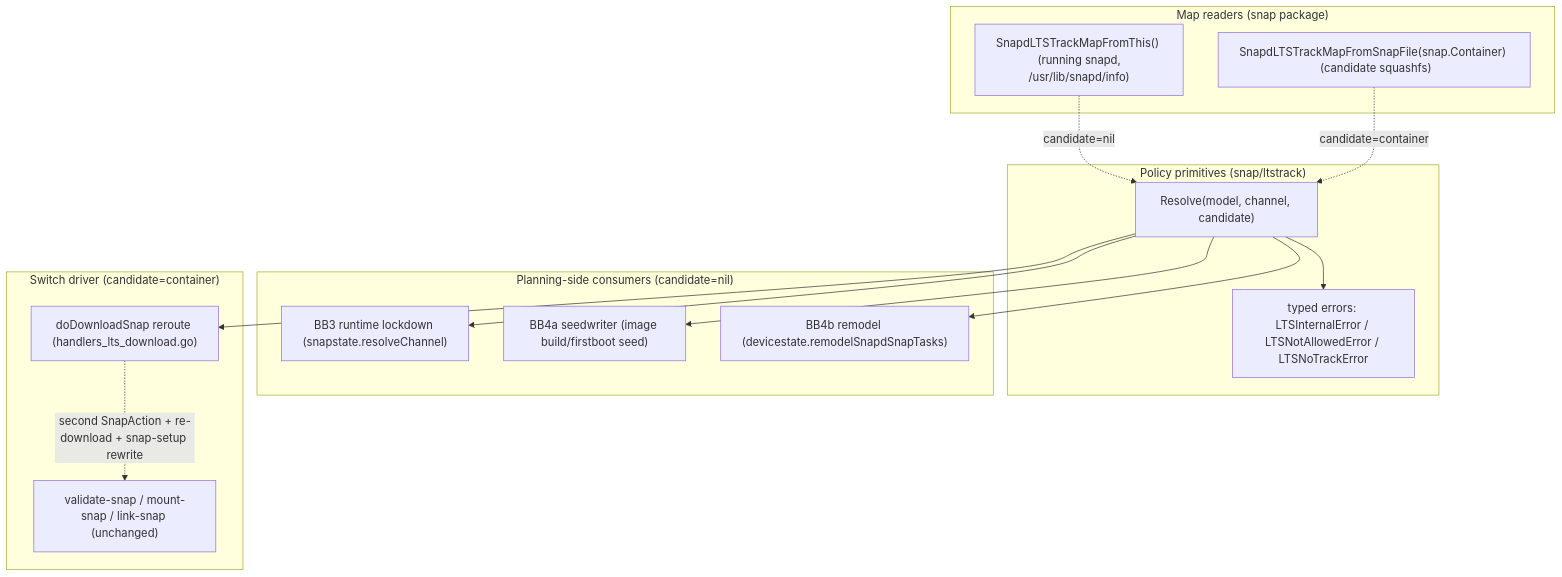
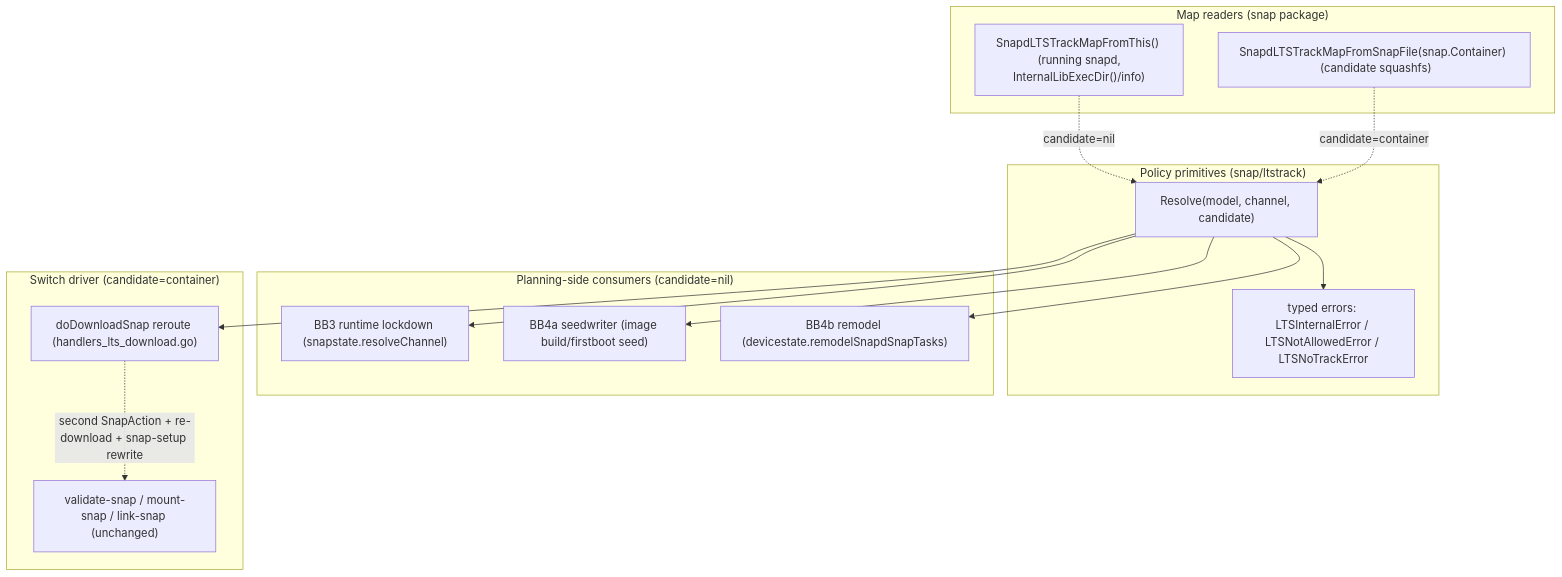
One commit to canonical/snapd changed the diagram in DESIGN.md. Above: the diagram before and after it, drawn with Mermaid. The commit also changed other lines of this file and 4 other files, not shown here.

````diff
--- a/DESIGN.md
+++ b/DESIGN.md
@@ -302,26 +302,26 @@
 ```mermaid
 flowchart TD
     subgraph primitives ["Policy primitives (snap/ltstrack)"]
         L["Resolve(model, channel, candidate)"]
         L --> E["typed errors: LTSInternalError / LTSNotAllowedError / LTSNoTrackError"]
     end
     subgraph readers ["Map readers (snap package)"]
-        R1["SnapdLTSTrackMapFromThis()  (running snapd, /usr/lib/snapd/info)"]
+        R1["SnapdLTSTrackMapFromThis()  (running snapd, InternalLibExecDir()/info)"]
         R2["SnapdLTSTrackMapFromSnapFile(snap.Container)  (candidate squashfs)"]
     end
     subgraph consumers ["Planning-side consumers (candidate=nil)"]
         BB3["BB3 runtime lockdown (snapstate.resolveChannel)"]
         BB4a["BB4a seedwriter (image build/firstboot seed)"]
         BB4b["BB4b remodel (devicestate.remodelSnapdSnapTasks)"]
     end
     subgraph driver ["Switch driver (candidate=container)"]
         D["doDownloadSnap reroute (handlers_lts_download.go)"]
         D -.->|second SnapAction + re-download + snap-setup rewrite| D2["validate-snap / mount-snap / link-snap (unchanged)"]
     end
     L --> BB3
     L --> BB4a
     L --> BB4b
     L --> D
     R1 -.candidate=nil.-> L
     R2 -.candidate=container.-> L
 ```
````
